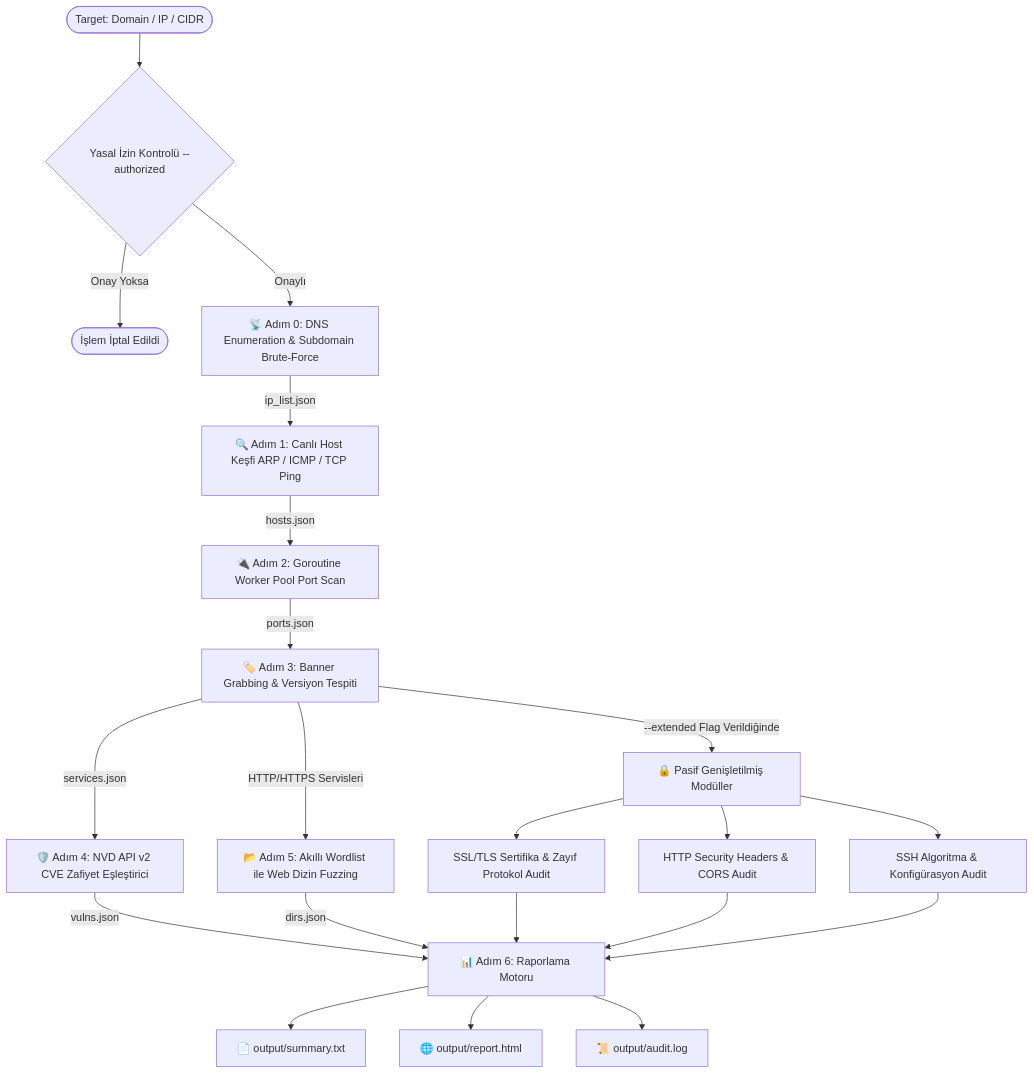
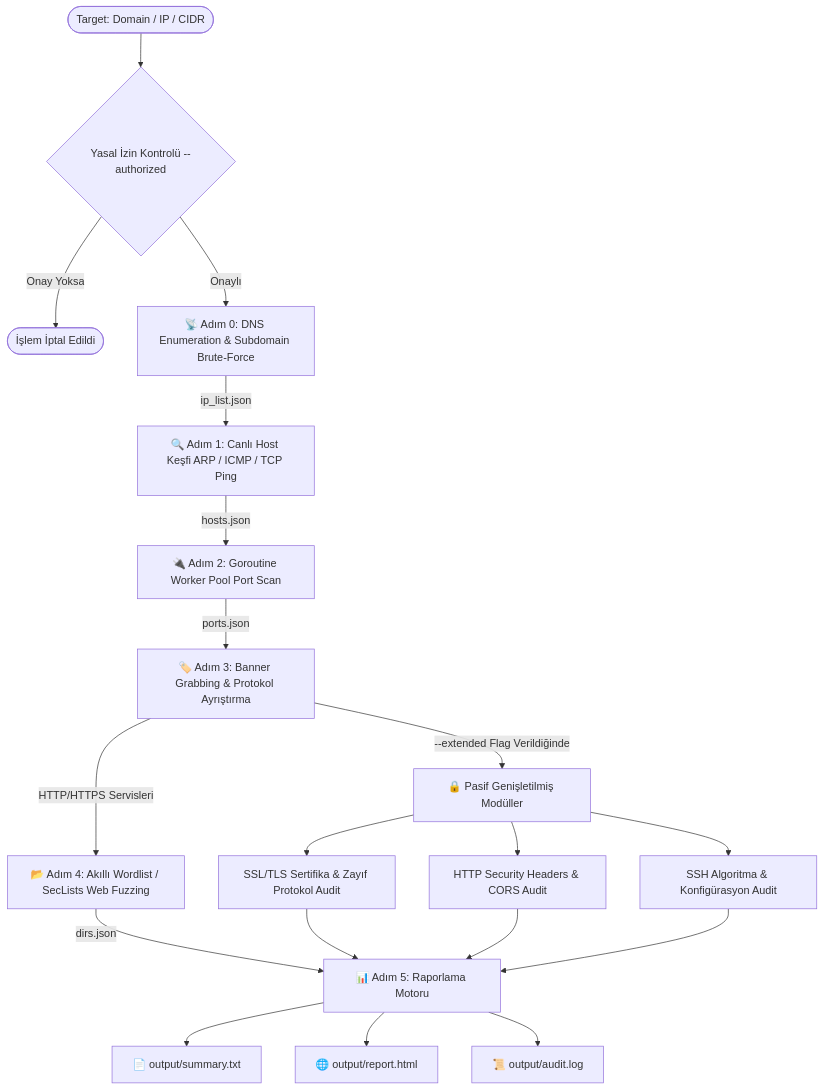
Before and after one commit to 1Ssalih/SpecterRecon: the diagram in README.md, drawn with Mermaid. The commit also changed other lines of this file and 23 other files, not shown here.

Commit message:
refactor: streamline recon engine, clean banner extraction, and enhance SecLists integration

````diff
--- a/README.md
+++ b/README.md
@@ -93,27 +91,25 @@
 ```mermaid
 flowchart TD
     START([Target: Domain / IP / CIDR]) --> SCOPE{Yasal İzin Kontrolü --authorized}
     SCOPE -- Onay Yoksa --> STOP([İşlem İptal Edildi])
     SCOPE -- Onaylı --> STEP0[📡 Adım 0: DNS Enumeration & Subdomain Brute-Force]
     
     STEP0 -->|ip_list.json| STEP1[🔍 Adım 1: Canlı Host Keşfi ARP / ICMP / TCP Ping]
     STEP1 -->|hosts.json| STEP2[🔌 Adım 2: Goroutine Worker Pool Port Scan]
-    STEP2 -->|ports.json| STEP3[🏷️ Adım 3: Banner Grabbing & Versiyon Tespiti]
-    STEP3 -->|services.json| STEP4[🛡️ Adım 4: NVD API v2 CVE Zafiyet Eşleştirici]
-    STEP3 -->|HTTP/HTTPS Servisleri| STEP5[📂 Adım 5: Akıllı Wordlist ile Web Dizin Fuzzing]
+    STEP2 -->|ports.json| STEP3[🏷️ Adım 3: Banner Grabbing & Protokol Ayrıştırma]
+    STEP3 -->|HTTP/HTTPS Servisleri| STEP4[📂 Adım 4: Akıllı Wordlist / SecLists Web Fuzzing]
     
     STEP3 -->|--extended Flag Verildiğinde| EXT[🔒 Pasif Genişletilmiş Modüller]
     EXT --> EXT1[SSL/TLS Sertifika & Zayıf Protokol Audit]
     EXT --> EXT2[HTTP Security Headers & CORS Audit]
     EXT --> EXT3[SSH Algoritma & Konfigürasyon Audit]
     
-    STEP4 -->|vulns.json| REPORT[📊 Adım 6: Raporlama Motoru]
-    STEP5 -->|dirs.json| REPORT
+    STEP4 -->|dirs.json| REPORT[📊 Adım 5: Raporlama Motoru]
     EXT1 --> REPORT
     EXT2 --> REPORT
     EXT3 --> REPORT
     
     REPORT --> OUT_TXT[📄 output/summary.txt]
     REPORT --> OUT_HTML[🌐 output/report.html]
     REPORT --> OUT_LOG[📜 output/audit.log]
 ```
````
